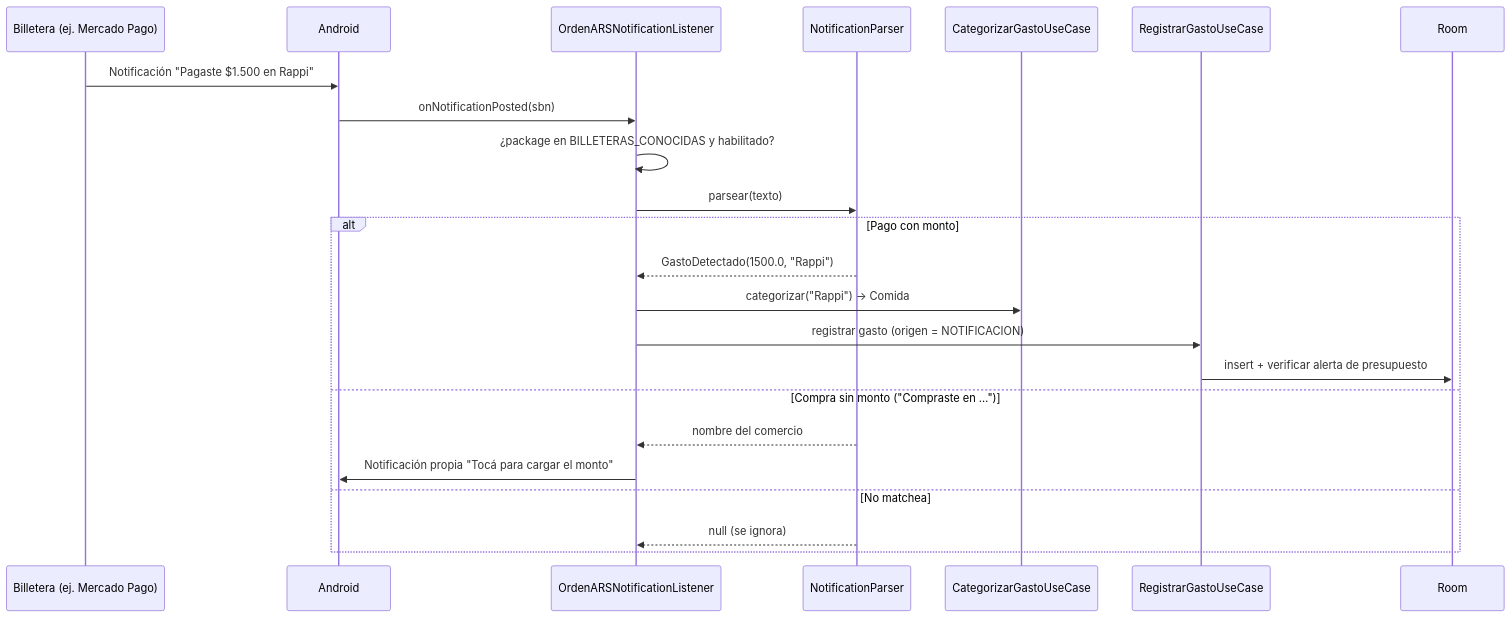
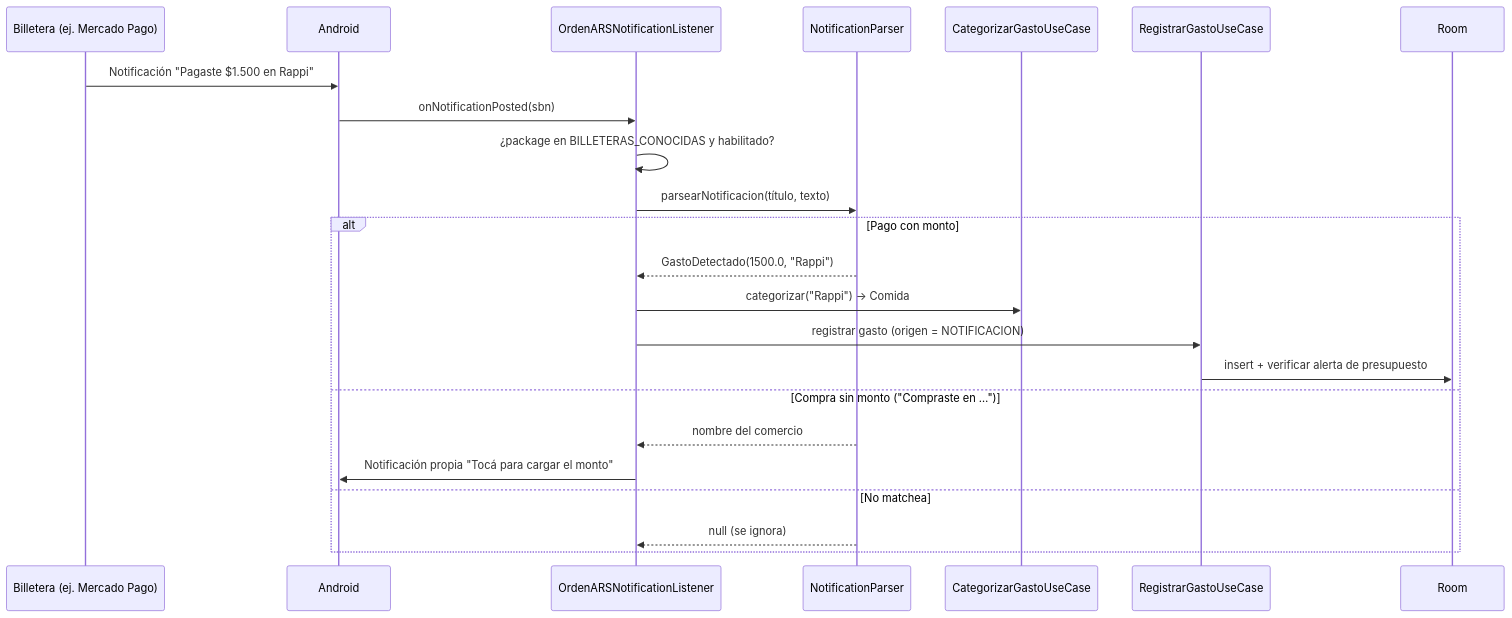
The second of 2 diagrams in docs/ARQUITECTURA.md (ErosCalvimonti/OrdenARS), drawn with Mermaid before and after one commit. The commit also changed other lines of this file and 4 other files, not shown here.

````diff
--- a/docs/ARQUITECTURA.md
+++ b/docs/ARQUITECTURA.md
@@ -61,26 +61,26 @@
 ```mermaid
 sequenceDiagram
     participant B as Billetera (ej. Mercado Pago)
     participant A as Android
     participant L as OrdenARSNotificationListener
     participant P as NotificationParser
     participant C as CategorizarGastoUseCase
     participant R as RegistrarGastoUseCase
     participant DB as Room
 
     B->>A: Notificación "Pagaste $1.500 en Rappi"
     A->>L: onNotificationPosted(sbn)
     L->>L: ¿package en BILLETERAS_CONOCIDAS y habilitado?
-    L->>P: parsear(texto)
+    L->>P: parsearNotificacion(título, texto)
     alt Pago con monto
         P-->>L: GastoDetectado(1500.0, "Rappi")
         L->>C: categorizar("Rappi") → Comida
         L->>R: registrar gasto (origen = NOTIFICACION)
         R->>DB: insert + verificar alerta de presupuesto
     else Compra sin monto ("Compraste en …")
         P-->>L: nombre del comercio
         L->>A: Notificación propia "Tocá para cargar el monto"
     else No matchea
         P-->>L: null (se ignora)
     end
 ```
````
